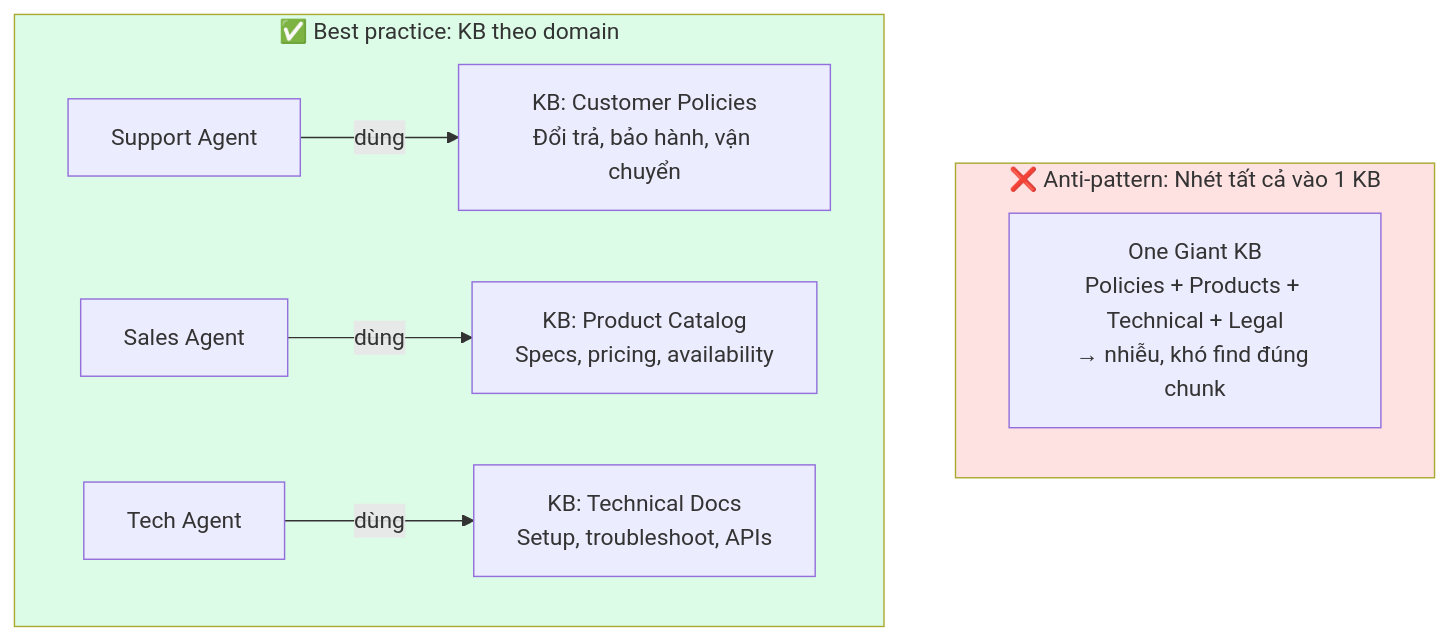
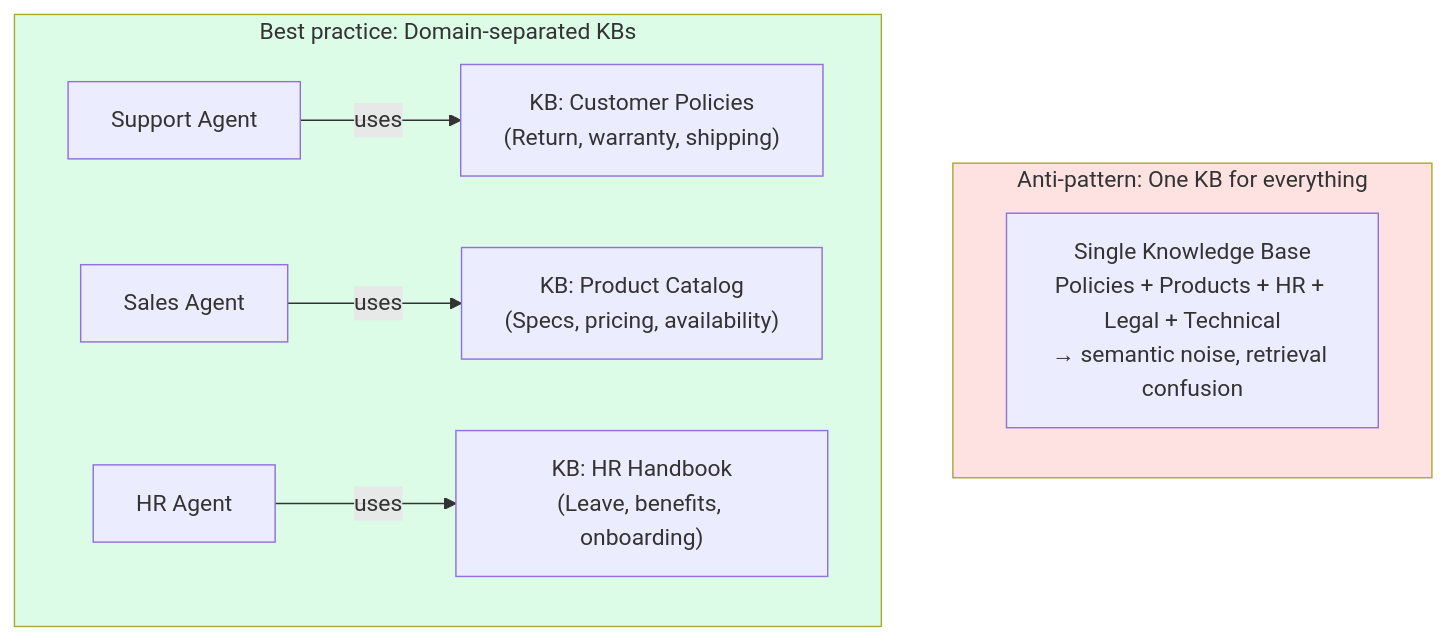
One commit to vuanhtu1993/vuanhtu1993.github.io changed the fourth of 7 diagrams in docs/azure-ai/part-5-lowcode/L2-knowledge-base-ui.md. Above: the diagram before and after it, drawn with Mermaid. The commit also changed other lines of this file and 8 other files, not shown here.

````diff
--- a/docs/azure-ai/part-5-lowcode/L2-knowledge-base-ui.md
+++ b/docs/azure-ai/part-5-lowcode/L2-knowledge-base-ui.md
@@ -173,19 +180,19 @@
 ```mermaid
 graph TD
-    subgraph S1["❌ Anti-pattern: Nhét tất cả vào 1 KB"]
-        KB1["One Giant KB<br>Policies + Products + Technical + Legal<br>→ nhiễu, khó find đúng chunk"]
+    subgraph ANTI["Anti-pattern: One KB for everything"]
+        K1["Single Knowledge Base\nPolicies + Products + HR + Legal + Technical\n→ semantic noise, retrieval confusion"]
     end
 
-    subgraph S2["✅ Best practice: KB theo domain"]
-        KBA["KB: Customer Policies<br>Đổi trả, bảo hành, vận chuyển"]
-        KBB["KB: Product Catalog<br>Specs, pricing, availability"]
-        KBC["KB: Technical Docs<br>Setup, troubleshoot, APIs"]
+    subgraph BEST["Best practice: Domain-separated KBs"]
+        KA["KB: Customer Policies\n(Return, warranty, shipping)"]
+        KB2["KB: Product Catalog\n(Specs, pricing, availability)"]
+        KC["KB: HR Handbook\n(Leave, benefits, onboarding)"]
 
-        AG1["Support Agent"] -->|"dùng"| KBA
-        AG2["Sales Agent"] -->|"dùng"| KBB
-        AG3["Tech Agent"] -->|"dùng"| KBC
+        AG1["Support Agent"] -->|uses| KA
+        AG2["Sales Agent"] -->|uses| KB2
+        AG3["HR Agent"] -->|uses| KC
     end
 
-    style S1 fill:#fee2e2
-    style S2 fill:#dcfce7
+    style ANTI fill:#fee2e2
+    style BEST fill:#dcfce7
 ```
````
